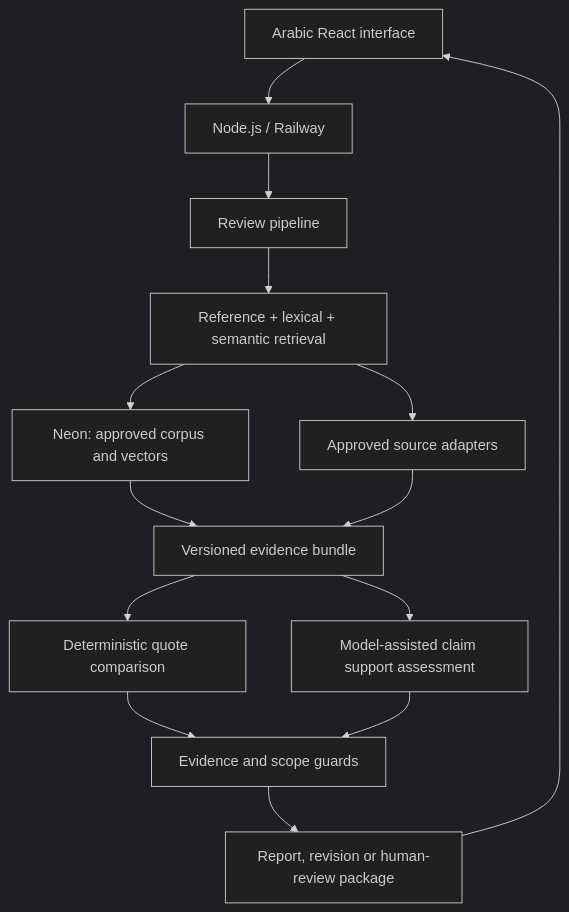
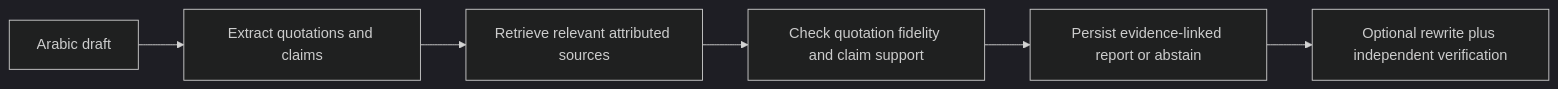
One commit to smaq777/Basira-Hackathon changed the diagram in README.md. Above: the diagram before and after it, drawn with Mermaid (dark theme). The commit also changed other lines of this file, not shown here.

````diff
--- a/README.md
+++ b/README.md
@@ -70,16 +32,8 @@
 ```mermaid
-flowchart TD
-  UI[Arabic React interface] --> API[Node.js / Railway]
-  API --> P[Review pipeline]
-  P --> R[Reference + lexical + semantic retrieval]
-  R --> N[Neon: approved corpus and vectors]
-  R --> X[Approved source adapters]
-  N --> E[Versioned evidence bundle]
-  X --> E
-  E --> Q[Deterministic quote comparison]
-  E --> S[Model-assisted claim support assessment]
-  Q --> G[Evidence and scope guards]
-  S --> G
-  G --> O[Report, revision or human-review package]
-  O --> UI
+flowchart LR
+  A[Arabic draft] --> B[Extract quotations and claims]
+  B --> C[Retrieve relevant attributed sources]
+  C --> D[Check quotation fidelity and claim support]
+  D --> E[Persist evidence-linked report or abstain]
+  E --> F[Optional rewrite plus independent verification]
 ```
````
